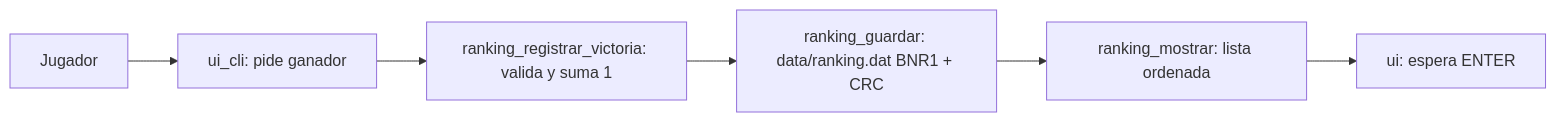
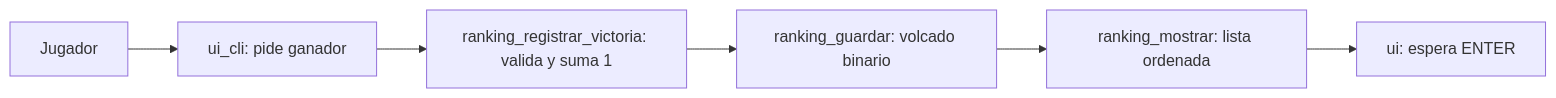
One commit to vrodpi/batalla_naval changed the diagram in README_gian.md. Above: the diagram before and after it, drawn with Mermaid. The commit also changed other lines of this file and 8 other files, not shown here.

First line of the commit message:
refactor(ranking): persistencia binaria opcion A (volcado del struct)

````diff
--- a/README_gian.md
+++ b/README_gian.md
@@ -92,8 +102,8 @@
 ```mermaid
 flowchart LR
   J[Jugador] --> UI[ui_cli: pide ganador]
   UI --> RK[ranking_registrar_victoria: valida y suma 1]
-  RK --> SV[ranking_guardar: data/ranking.dat BNR1 + CRC]
+  RK --> SV[ranking_guardar: volcado binario]
   SV --> MO[ranking_mostrar: lista ordenada]
   MO --> UI2[ui: espera ENTER]
 ```
````
